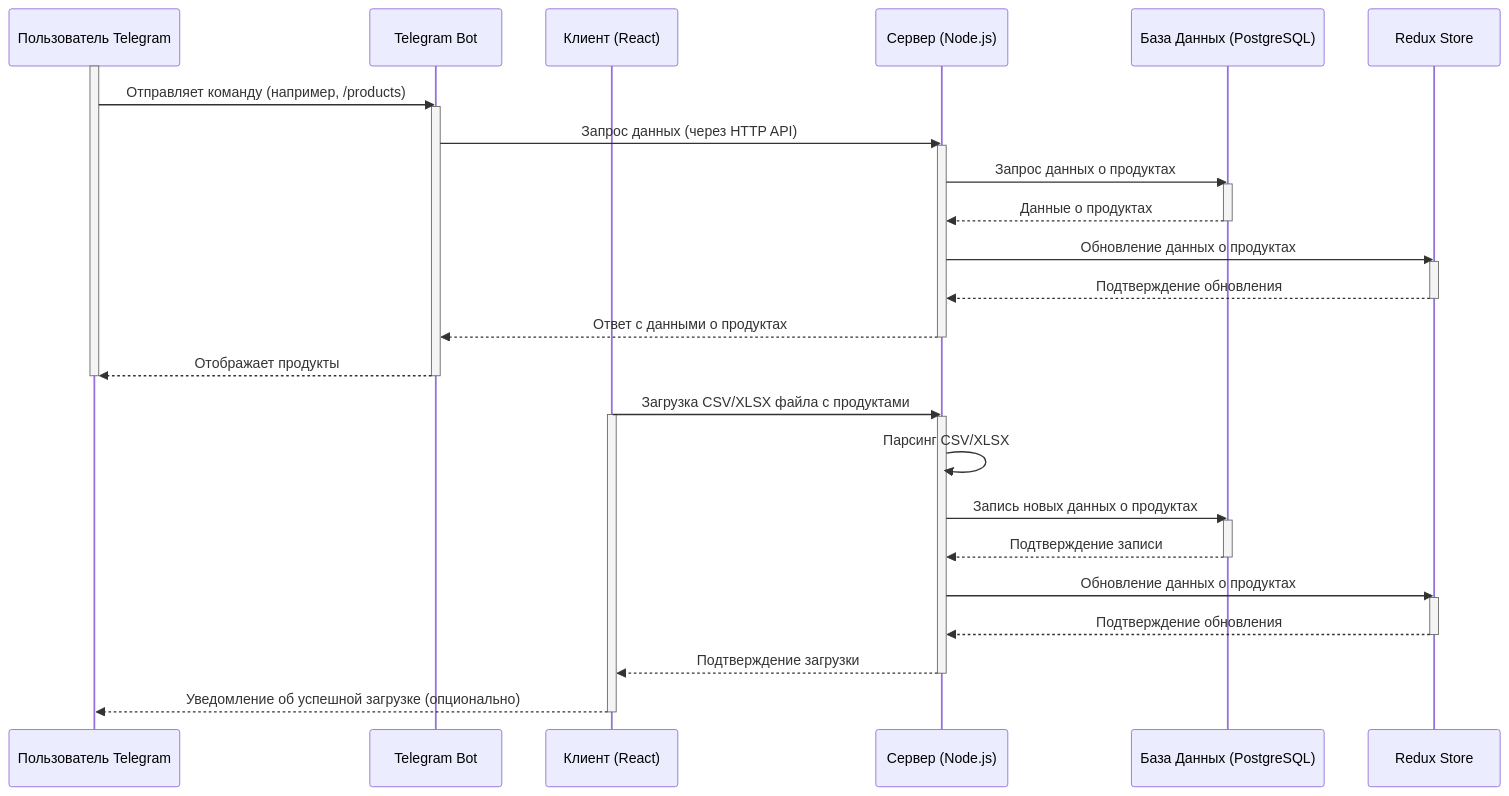
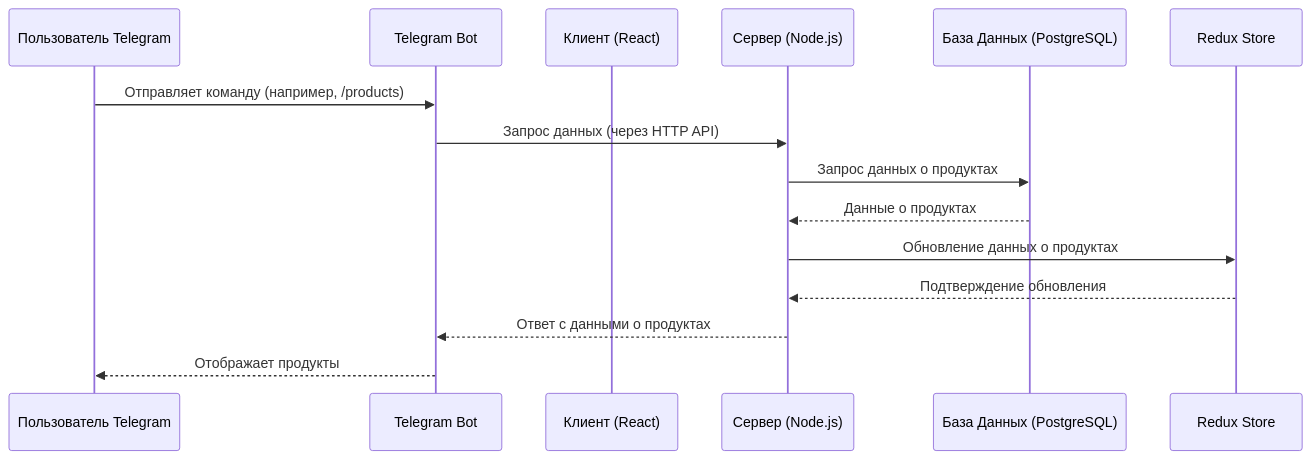
One commit to programmer-alt/botTelegrammShopTurkey changed the diagram in mermaid.mmd. Above: the diagram before and after it, drawn with Mermaid.

Commit message:
Simplify Mermaid diagram by removing activation/deactivation markers

```diff
--- a/mermaid.mmd
+++ b/mermaid.mmd
@@ -1,45 +1,17 @@
 sequenceDiagram
     participant Пользователь Telegram
     participant Telegram Bot
     participant Клиент (React)
     participant Сервер (Node.js)
     participant База Данных (PostgreSQL)
     participant Redux Store
 
     %% Загрузка данных о продуктах (из БД -> Redux)
-    activate Пользователь Telegram
     Пользователь Telegram->>Telegram Bot: Отправляет команду (например, /products)
-    activate Telegram Bot
     Telegram Bot->>Сервер (Node.js): Запрос данных (через HTTP API)
-    activate Сервер (Node.js)
     Сервер (Node.js)->>База Данных (PostgreSQL): Запрос данных о продуктах
-    activate База Данных (PostgreSQL)
     База Данных (PostgreSQL)-->>Сервер (Node.js): Данные о продуктах
-    deactivate База Данных (PostgreSQL)
     Сервер (Node.js)->>Redux Store: Обновление данных о продуктах
-    activate Redux Store
     Redux Store-->>Сервер (Node.js): Подтверждение обновления
-    deactivate Redux Store
     Сервер (Node.js)-->>Telegram Bot: Ответ с данными о продуктах
-    deactivate Сервер (Node.js)
     Telegram Bot-->>Пользователь Telegram: Отображает продукты
-    deactivate Telegram Bot
-    deactivate Пользователь Telegram
-
-    %% Загрузка новых продуктов (CSV/XLSX)
-    Клиент (React)->>Сервер (Node.js): Загрузка CSV/XLSX файла с продуктами
-    activate Клиент (React)
-    activate Сервер (Node.js)
-    Сервер (Node.js)->>Сервер (Node.js): Парсинг CSV/XLSX
-    Сервер (Node.js)->>База Данных (PostgreSQL): Запись новых данных о продуктах
-    activate База Данных (PostgreSQL)
-    База Данных (PostgreSQL)-->>Сервер (Node.js): Подтверждение записи
-    deactivate База Данных (PostgreSQL)
-    Сервер (Node.js)->>Redux Store: Обновление данных о продуктах
-    activate Redux Store
-    Redux Store-->>Сервер (Node.js): Подтверждение обновления
-    deactivate Redux Store
-    Сервер (Node.js)-->>Клиент (React): Подтверждение загрузки
-    deactivate Сервер (Node.js)
-    Клиент (React) -->> Пользователь Telegram: Уведомление об успешной загрузке (опционально)
-    deactivate Клиент (React)
```
